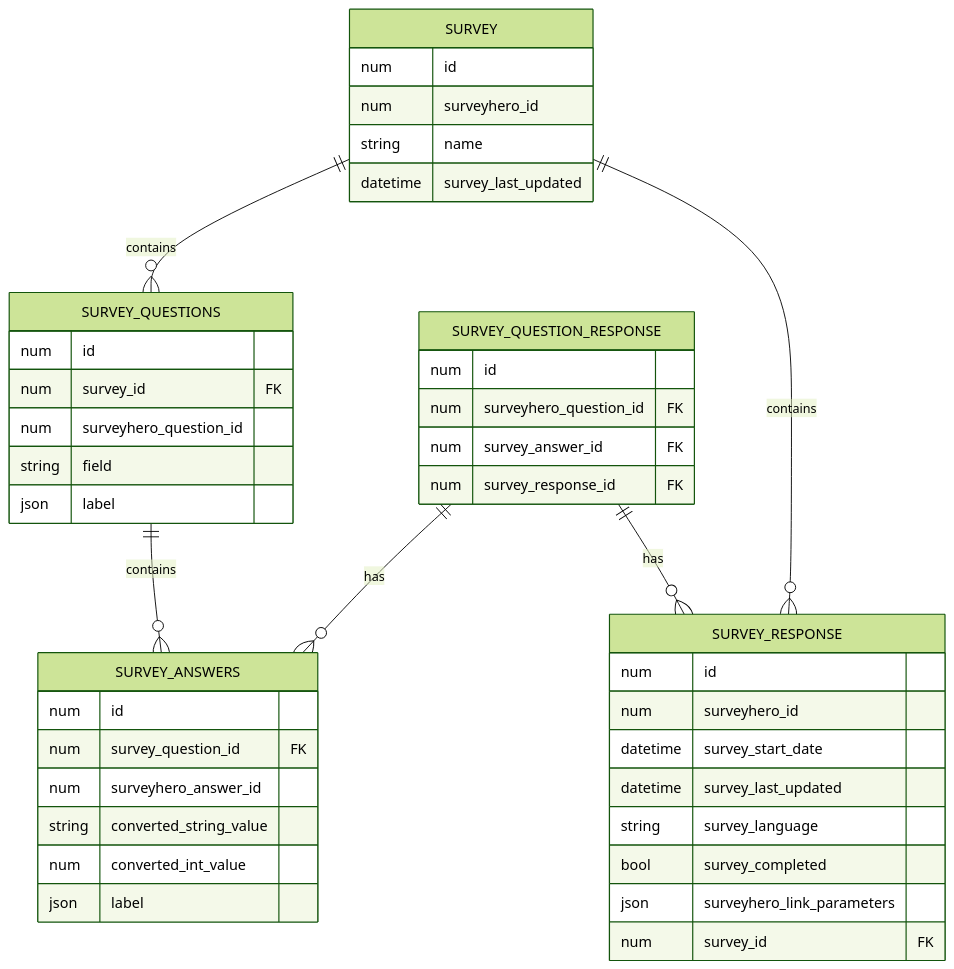
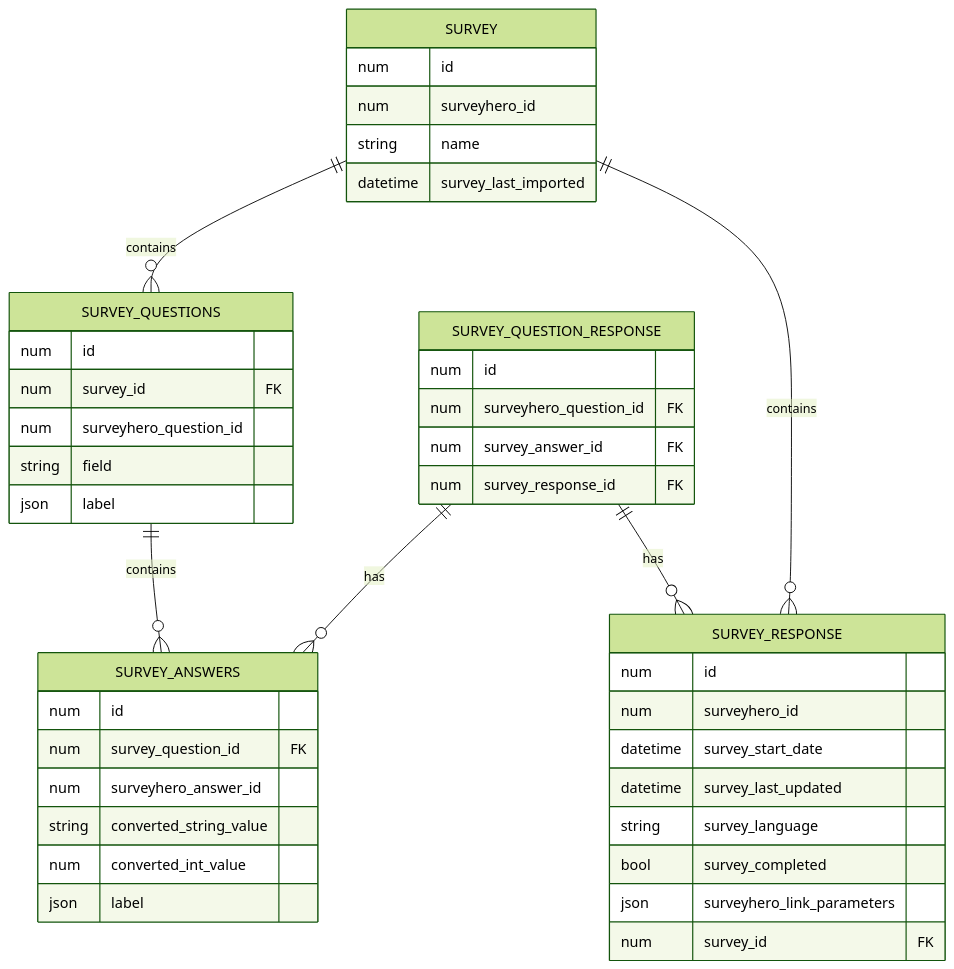
Before and after one commit to statikbe/laravel-surveyhero: the diagram in README.md, drawn with Mermaid (forest theme). The commit also changed other lines of this file and 3 other files, not shown here.

Commit message:
Renaming survey->survey_last_updated to survey_last_imported

````diff
--- a/README.md
+++ b/README.md
@@ -33,48 +33,48 @@
 ``` mermaid
 erDiagram
 SURVEY {
     num id
     num surveyhero_id
     string name
-    datetime survey_last_updated
+    datetime survey_last_imported
 }
 
 SURVEY_QUESTIONS {
     num id		
     num survey_id FK
     num surveyhero_question_id
     string field			
     json label		
 }
 
 SURVEY_ANSWERS {
     num id		
     num survey_question_id FK
     num surveyhero_answer_id			
     string converted_string_value			
     num converted_int_value			
     json label			
 }
 
 SURVEY_RESPONSE {
     num id
     num surveyhero_id
     datetime survey_start_date
     datetime survey_last_updated
     string survey_language
     bool survey_completed
     json surveyhero_link_parameters
     num survey_id FK
 }
 SURVEY_QUESTION_RESPONSE {	
     num id
     num surveyhero_question_id FK
     num survey_answer_id FK
     num survey_response_id FK
 }
 SURVEY ||--o{ SURVEY_QUESTIONS : contains
 SURVEY ||--o{ SURVEY_RESPONSE : contains
 SURVEY_QUESTIONS ||--o{ SURVEY_ANSWERS : contains
 SURVEY_QUESTION_RESPONSE ||--o{ SURVEY_ANSWERS : has
 SURVEY_QUESTION_RESPONSE ||--o{ SURVEY_RESPONSE : has
 ```
````
